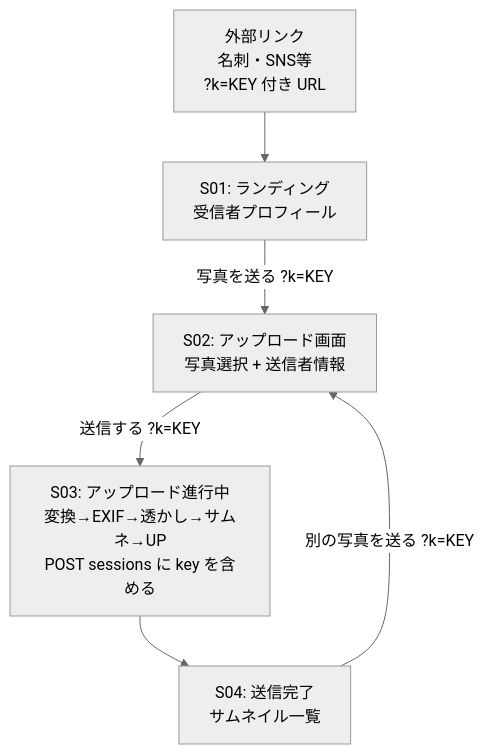
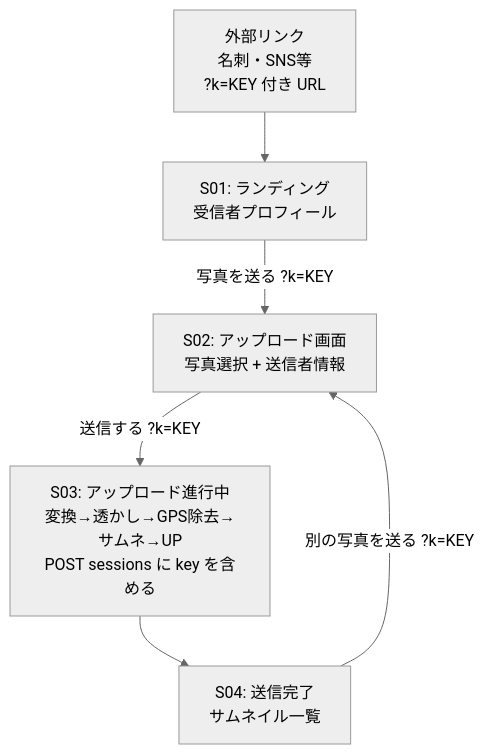
One commit to kuu13580/furdrop changed the first of 3 diagrams in docs/screen-flow.md. Above: the diagram before and after it, drawn with Mermaid (neutral theme). The commit also changed other lines of this file and 64 other files, not shown here.

````diff
--- a/docs/screen-flow.md
+++ b/docs/screen-flow.md
@@ -53,8 +53,8 @@
 ```mermaid
 flowchart TD
     EXT[外部リンク<br/>名刺・SNS等<br/>?k=KEY 付き URL] --> S01[S01: ランディング<br/>受信者プロフィール]
     S01 -->|写真を送る ?k=KEY| S02[S02: アップロード画面<br/>写真選択 + 送信者情報]
-    S02 -->|送信する ?k=KEY| S03[S03: アップロード進行中<br/>変換→EXIF→透かし→サムネ→UP<br/>POST sessions に key を含める]
+    S02 -->|送信する ?k=KEY| S03[S03: アップロード進行中<br/>変換→透かし→GPS除去→サムネ→UP<br/>POST sessions に key を含める]
     S03 --> S04[S04: 送信完了<br/>サムネイル一覧]
     S04 -->|別の写真を送る ?k=KEY| S02
 ```
````
